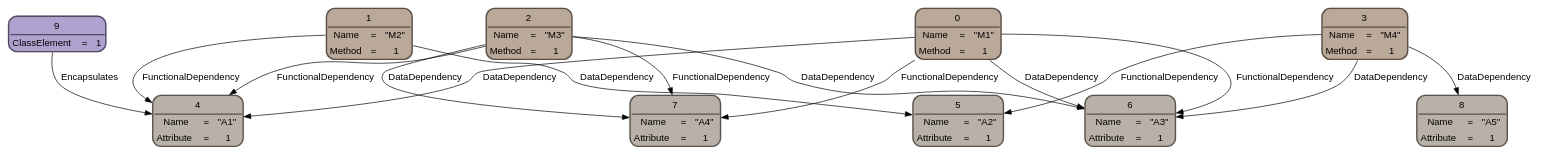
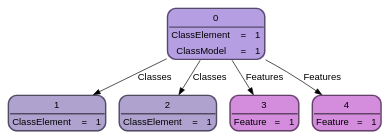
The diagram in subprojects/store-dse/test_output/6.dot (fdominik98/refinery), drawn with Graphviz before and after one commit. The commit also changed 1918 other files, not shown here.

```diff
--- a/subprojects/store-dse/test_output/6.dot
+++ b/subprojects/store-dse/test_output/6.dot
@@ -1,161 +1,68 @@
 digraph model {
 node [
 	style="filled, rounded"
 	shape=plain
 	pencolor="#00000088"
 	fontname="Helvetica"
 ]
 edge [
 	labeldistance=3
 	fontname="Helvetica"
 ]
-2 -> 4 [
+0 -> 1 [
 	style=solid
 	color=black
 	fontcolor=black
-	label="FunctionalDependency"]
-3 -> 5 [
+	label="Classes"]
+0 -> 2 [
 	style=solid
 	color=black
 	fontcolor=black
-	label="FunctionalDependency"]
-1 -> 4 [
+	label="Classes"]
+0 -> 3 [
 	style=solid
 	color=black
 	fontcolor=black
-	label="FunctionalDependency"]
-2 -> 7 [
-	style=solid
-	color=black
-	fontcolor=black
-	label="FunctionalDependency"]
-0 -> 6 [
-	style=solid
-	color=black
-	fontcolor=black
-	label="FunctionalDependency"]
-0 -> 7 [
-	style=solid
-	color=black
-	fontcolor=black
-	label="FunctionalDependency"]
-9 -> 4 [
-	style=solid
-	color=black
-	fontcolor=black
-	label="Encapsulates"]
-3 -> 6 [
-	style=solid
-	color=black
-	fontcolor=black
-	label="DataDependency"]
+	label="Features"]
 0 -> 4 [
 	style=solid
 	color=black
 	fontcolor=black
-	label="DataDependency"]
-1 -> 5 [
-	style=solid
-	color=black
-	fontcolor=black
-	label="DataDependency"]
-2 -> 6 [
-	style=solid
-	color=black
-	fontcolor=black
-	label="DataDependency"]
-2 -> 7 [
-	style=solid
-	color=black
-	fontcolor=black
-	label="DataDependency"]
-3 -> 8 [
-	style=solid
-	color=black
-	fontcolor=black
-	label="DataDependency"]
-0 -> 6 [
-	style=solid
-	color=black
-	fontcolor=black
-	label="DataDependency"]
+	label="Features"]
 1 [
-	fillcolor="#baa899"
+	fillcolor="#afa2cf"
 	label=<<TABLE CELLSPACING="0" BORDER="2" CELLBORDER="0" CELLPADDING="4" STYLE="ROUNDED">
 		<TR><TD COLSPAN="3" BORDER="2" SIDES="B">1</TD></TR>
-		<TR><TD><FONT COLOR="black">Name</FONT></TD><TD><FONT COLOR="black">=</FONT></TD><TD><FONT COLOR="black">"M2"</FONT></TD></TR>
-		<TR><TD><FONT COLOR="black">Method</FONT></TD><TD><FONT COLOR="black">=</FONT></TD><TD><FONT COLOR="black">1</FONT></TD></TR>
+		<TR><TD><FONT COLOR="black">ClassElement</FONT></TD><TD><FONT COLOR="black">=</FONT></TD><TD><FONT COLOR="black">1</FONT></TD></TR>
 		</TABLE>>
 ]
 2 [
-	fillcolor="#baa899"
+	fillcolor="#afa2cf"
 	label=<<TABLE CELLSPACING="0" BORDER="2" CELLBORDER="0" CELLPADDING="4" STYLE="ROUNDED">
 		<TR><TD COLSPAN="3" BORDER="2" SIDES="B">2</TD></TR>
-		<TR><TD><FONT COLOR="black">Name</FONT></TD><TD><FONT COLOR="black">=</FONT></TD><TD><FONT COLOR="black">"M3"</FONT></TD></TR>
-		<TR><TD><FONT COLOR="black">Method</FONT></TD><TD><FONT COLOR="black">=</FONT></TD><TD><FONT COLOR="black">1</FONT></TD></TR>
+		<TR><TD><FONT COLOR="black">ClassElement</FONT></TD><TD><FONT COLOR="black">=</FONT></TD><TD><FONT COLOR="black">1</FONT></TD></TR>
 		</TABLE>>
 ]
 3 [
-	fillcolor="#baa899"
+	fillcolor="#d38ddc"
 	label=<<TABLE CELLSPACING="0" BORDER="2" CELLBORDER="0" CELLPADDING="4" STYLE="ROUNDED">
 		<TR><TD COLSPAN="3" BORDER="2" SIDES="B">3</TD></TR>
-		<TR><TD><FONT COLOR="black">Name</FONT></TD><TD><FONT COLOR="black">=</FONT></TD><TD><FONT COLOR="black">"M4"</FONT></TD></TR>
-		<TR><TD><FONT COLOR="black">Method</FONT></TD><TD><FONT COLOR="black">=</FONT></TD><TD><FONT COLOR="black">1</FONT></TD></TR>
+		<TR><TD><FONT COLOR="black">Feature</FONT></TD><TD><FONT COLOR="black">=</FONT></TD><TD><FONT COLOR="black">1</FONT></TD></TR>
 		</TABLE>>
 ]
 4 [
-	fillcolor="#b9b0a8"
+	fillcolor="#d38ddc"
 	label=<<TABLE CELLSPACING="0" BORDER="2" CELLBORDER="0" CELLPADDING="4" STYLE="ROUNDED">
 		<TR><TD COLSPAN="3" BORDER="2" SIDES="B">4</TD></TR>
-		<TR><TD><FONT COLOR="black">Name</FONT></TD><TD><FONT COLOR="black">=</FONT></TD><TD><FONT COLOR="black">"A1"</FONT></TD></TR>
-		<TR><TD><FONT COLOR="black">Attribute</FONT></TD><TD><FONT COLOR="black">=</FONT></TD><TD><FONT COLOR="black">1</FONT></TD></TR>
-		</TABLE>>
-]
-5 [
-	fillcolor="#b9b0a8"
-	label=<<TABLE CELLSPACING="0" BORDER="2" CELLBORDER="0" CELLPADDING="4" STYLE="ROUNDED">
-		<TR><TD COLSPAN="3" BORDER="2" SIDES="B">5</TD></TR>
-		<TR><TD><FONT COLOR="black">Name</FONT></TD><TD><FONT COLOR="black">=</FONT></TD><TD><FONT COLOR="black">"A2"</FONT></TD></TR>
-		<TR><TD><FONT COLOR="black">Attribute</FONT></TD><TD><FONT COLOR="black">=</FONT></TD><TD><FONT COLOR="black">1</FONT></TD></TR>
-		</TABLE>>
-]
-6 [
-	fillcolor="#b9b0a8"
-	label=<<TABLE CELLSPACING="0" BORDER="2" CELLBORDER="0" CELLPADDING="4" STYLE="ROUNDED">
-		<TR><TD COLSPAN="3" BORDER="2" SIDES="B">6</TD></TR>
-		<TR><TD><FONT COLOR="black">Name</FONT></TD><TD><FONT COLOR="black">=</FONT></TD><TD><FONT COLOR="black">"A3"</FONT></TD></TR>
-		<TR><TD><FONT COLOR="black">Attribute</FONT></TD><TD><FONT COLOR="black">=</FONT></TD><TD><FONT COLOR="black">1</FONT></TD></TR>
-		</TABLE>>
-]
-7 [
-	fillcolor="#b9b0a8"
-	label=<<TABLE CELLSPACING="0" BORDER="2" CELLBORDER="0" CELLPADDING="4" STYLE="ROUNDED">
-		<TR><TD COLSPAN="3" BORDER="2" SIDES="B">7</TD></TR>
-		<TR><TD><FONT COLOR="black">Name</FONT></TD><TD><FONT COLOR="black">=</FONT></TD><TD><FONT COLOR="black">"A4"</FONT></TD></TR>
-		<TR><TD><FONT COLOR="black">Attribute</FONT></TD><TD><FONT COLOR="black">=</FONT></TD><TD><FONT COLOR="black">1</FONT></TD></TR>
-		</TABLE>>
-]
-8 [
-	fillcolor="#b9b0a8"
-	label=<<TABLE CELLSPACING="0" BORDER="2" CELLBORDER="0" CELLPADDING="4" STYLE="ROUNDED">
-		<TR><TD COLSPAN="3" BORDER="2" SIDES="B">8</TD></TR>
-		<TR><TD><FONT COLOR="black">Name</FONT></TD><TD><FONT COLOR="black">=</FONT></TD><TD><FONT COLOR="black">"A5"</FONT></TD></TR>
-		<TR><TD><FONT COLOR="black">Attribute</FONT></TD><TD><FONT COLOR="black">=</FONT></TD><TD><FONT COLOR="black">1</FONT></TD></TR>
-		</TABLE>>
-]
-9 [
-	fillcolor="#afa2cf"
-	label=<<TABLE CELLSPACING="0" BORDER="2" CELLBORDER="0" CELLPADDING="4" STYLE="ROUNDED">
-		<TR><TD COLSPAN="3" BORDER="2" SIDES="B">9</TD></TR>
-		<TR><TD><FONT COLOR="black">ClassElement</FONT></TD><TD><FONT COLOR="black">=</FONT></TD><TD><FONT COLOR="black">1</FONT></TD></TR>
+		<TR><TD><FONT COLOR="black">Feature</FONT></TD><TD><FONT COLOR="black">=</FONT></TD><TD><FONT COLOR="black">1</FONT></TD></TR>
 		</TABLE>>
 ]
 0 [
-	fillcolor="#baa899"
+	fillcolor="#b59ee2"
 	label=<<TABLE CELLSPACING="0" BORDER="2" CELLBORDER="0" CELLPADDING="4" STYLE="ROUNDED">
 		<TR><TD COLSPAN="3" BORDER="2" SIDES="B">0</TD></TR>
-		<TR><TD><FONT COLOR="black">Name</FONT></TD><TD><FONT COLOR="black">=</FONT></TD><TD><FONT COLOR="black">"M1"</FONT></TD></TR>
-		<TR><TD><FONT COLOR="black">Method</FONT></TD><TD><FONT COLOR="black">=</FONT></TD><TD><FONT COLOR="black">1</FONT></TD></TR>
+		<TR><TD><FONT COLOR="black">ClassElement</FONT></TD><TD><FONT COLOR="black">=</FONT></TD><TD><FONT COLOR="black">1</FONT></TD></TR>
+		<TR><TD><FONT COLOR="black">ClassModel</FONT></TD><TD><FONT COLOR="black">=</FONT></TD><TD><FONT COLOR="black">1</FONT></TD></TR>
 		</TABLE>>
 ]
 }
```
